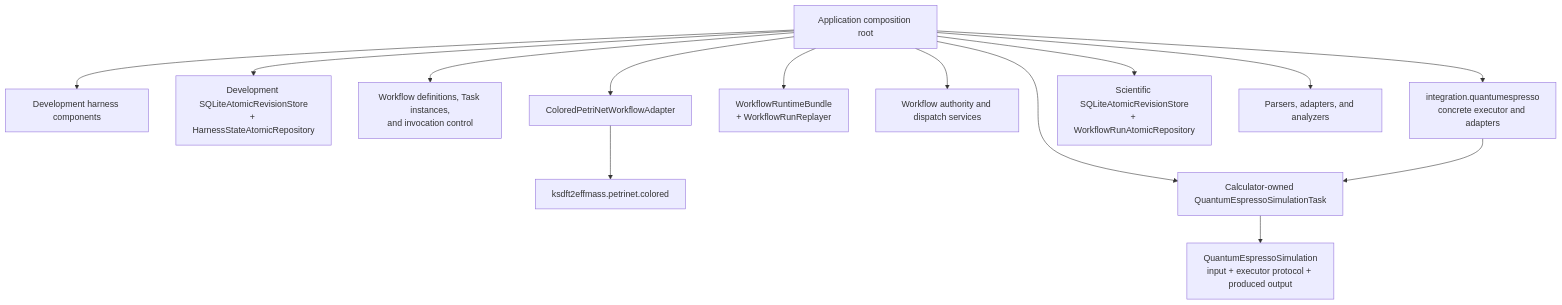
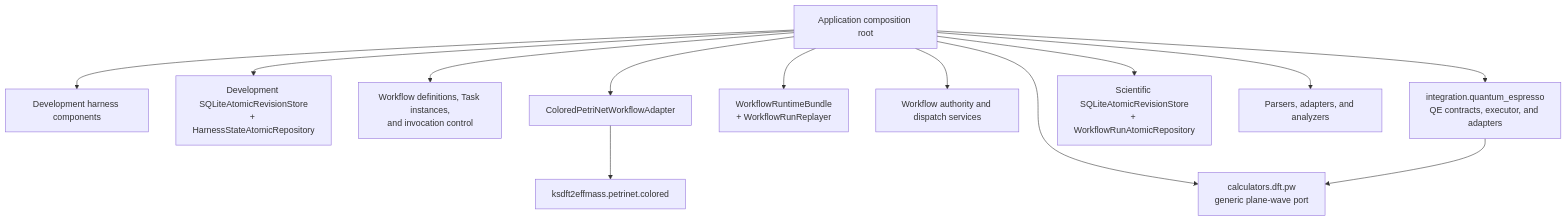
The diagram in docs/architecture/v2/ksdft2effmass/application/index.md (eragasa/ksdft2effmass), drawn with Mermaid before and after one commit. The commit also changed other lines of this file and 119 other files, not shown here.

Commit message:
Complete Quantum ESPRESSO integration boundary

````diff
--- a/docs/architecture/v2/ksdft2effmass/application/index.md
+++ b/docs/architecture/v2/ksdft2effmass/application/index.md
@@ -7,16 +7,15 @@
 ```mermaid
 flowchart TD
     app["Application composition root"] --> harness["Development harness components"]
     app --> harness_store["Development SQLiteAtomicRevisionStore<br/>+ HarnessStateAtomicRepository"]
     app --> workflow["Workflow definitions, Task instances,<br/>and invocation control"]
     app --> adapter["ColoredPetriNetWorkflowAdapter"]
     adapter --> generic["ksdft2effmass.petrinet.colored"]
     app --> replay["WorkflowRuntimeBundle<br/>+ WorkflowRunReplayer"]
     app --> authority["Workflow authority and dispatch services"]
-    app --> qe_task["Calculator-owned QuantumEspressoSimulationTask"]
-    app --> qe_integration["integration.quantumespresso<br/>concrete executor and adapters"]
-    qe_integration --> qe_task
-    qe_task --> qe["QuantumEspressoSimulation<br/>input + executor protocol + produced output"]
+    app --> pw_port["calculators.dft.pw<br/>generic plane-wave port"]
+    app --> qe_integration["integration.quantum_espresso<br/>QE contracts, executor, and adapters"]
+    qe_integration --> pw_port
     app --> workflow_store["Scientific SQLiteAtomicRevisionStore<br/>+ WorkflowRunAtomicRepository"]
     app --> analysis["Parsers, adapters, and analyzers"]
 ```
````
